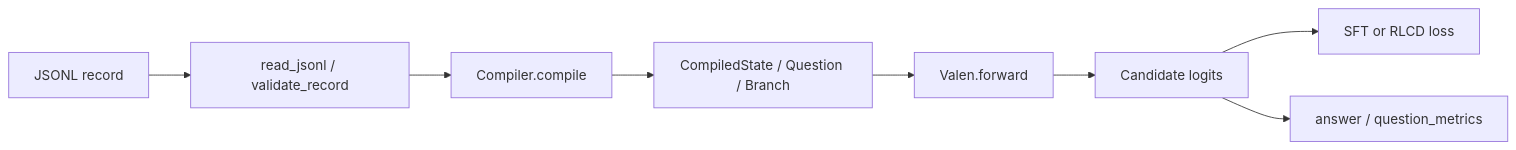
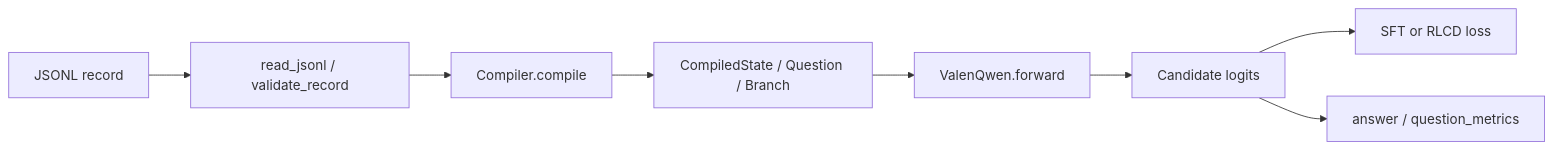
Before and after one commit to Liuziyu77/Valen: the diagram in docs/architecture.md, drawn with Mermaid. The commit also changed other lines of this file and 94 other files, not shown here.

Commit message:
Add dual-encoder decisions and refactor architecture backends

````diff
--- a/docs/architecture.md
+++ b/docs/architecture.md
@@ -9,10 +11,10 @@
 ```mermaid
 flowchart LR
     A[JSONL record] --> B[read_jsonl / validate_record]
     B --> C[Compiler.compile]
     C --> D[CompiledState / Question / Branch]
-    D --> E[Valen.forward]
+    D --> E[ValenQwen.forward]
     E --> F[Candidate logits]
     F --> G[SFT or RLCD loss]
     F --> H[answer / question_metrics]
 ```
````
